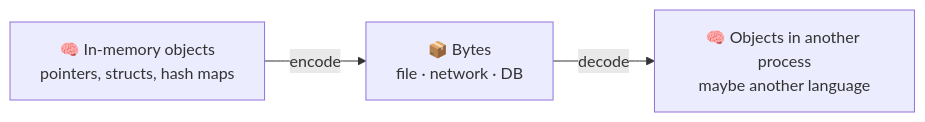
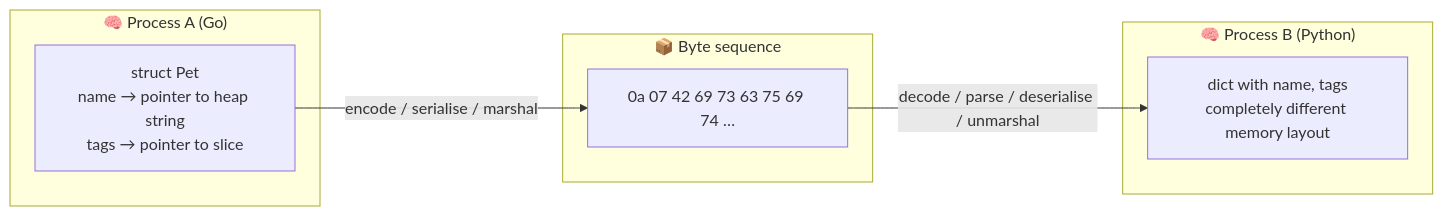
Before and after one commit to pratikguru998/ddia-book: the third of 28 diagrams in docs/chapters/part-1/04-encoding-evolution.mdx, drawn with Mermaid. The commit also changed other lines of this file and 13 other files, not shown here.

Commit message:
Expand all 12 chapters: every book subsection, deeper notes, ~320 diagrams

````diff
--- a/docs/chapters/part-1/04-encoding-evolution.mdx
+++ b/docs/chapters/part-1/04-encoding-evolution.mdx
@@ -35,5 +59,14 @@
 ```mermaid
 flowchart LR
-  O["🧠 In-memory objects<br/>pointers, structs, hash maps"] -->|"encode"| B["📦 Bytes<br/>file · network · DB"]
-  B -->|"decode"| O2["🧠 Objects in another process<br/>maybe another language"]
+  subgraph P1["🧠 Process A (Go)"]
+    O["struct Pet<br/>name → pointer to heap string<br/>tags → pointer to slice"]
+  end
+  subgraph WIRE["📦 Byte sequence"]
+    B["0a 07 42 69 73 63 75 69 74 …"]
+  end
+  subgraph P2["🧠 Process B (Python)"]
+    O2["dict with name, tags<br/>completely different memory layout"]
+  end
+  O -->|"encode / serialise / marshal"| B
+  B -->|"decode / parse / deserialise / unmarshal"| O2
 ```
````
